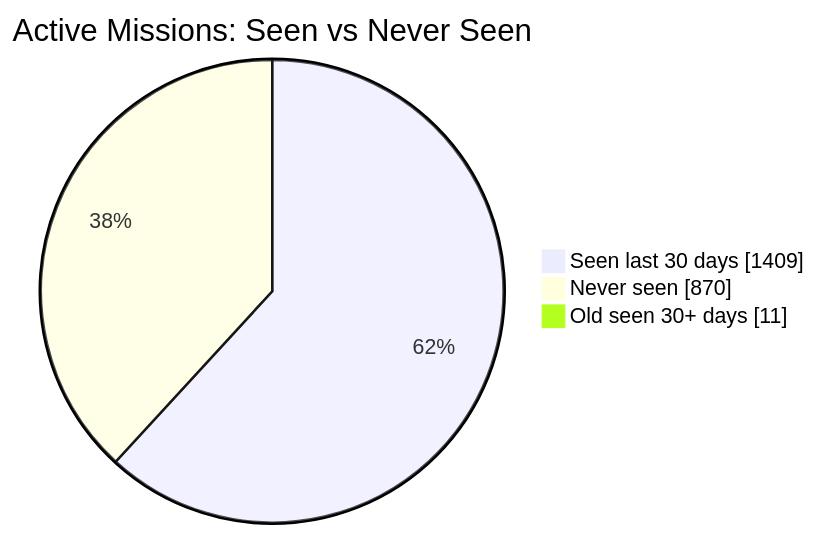
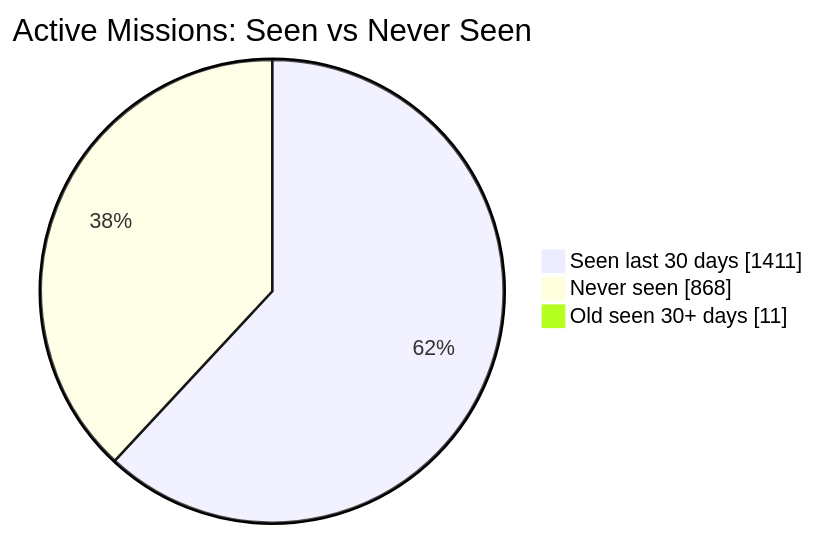
Before and after one commit to MeldkamerspelGameTeam/active-missions: the first of 2 diagrams in README.md, drawn with Mermaid. The commit also changed other lines of this file and 2 other files, not shown here.

````diff
--- a/README.md
+++ b/README.md
@@ -34,7 +34,7 @@
 ```mermaid
 pie showData
     title Active Missions: Seen vs Never Seen
-    "Seen last 30 days" : 1409
-    "Never seen" : 870
+    "Seen last 30 days" : 1411
+    "Never seen" : 868
     "Old seen 30+ days" : 11
 ```
````
